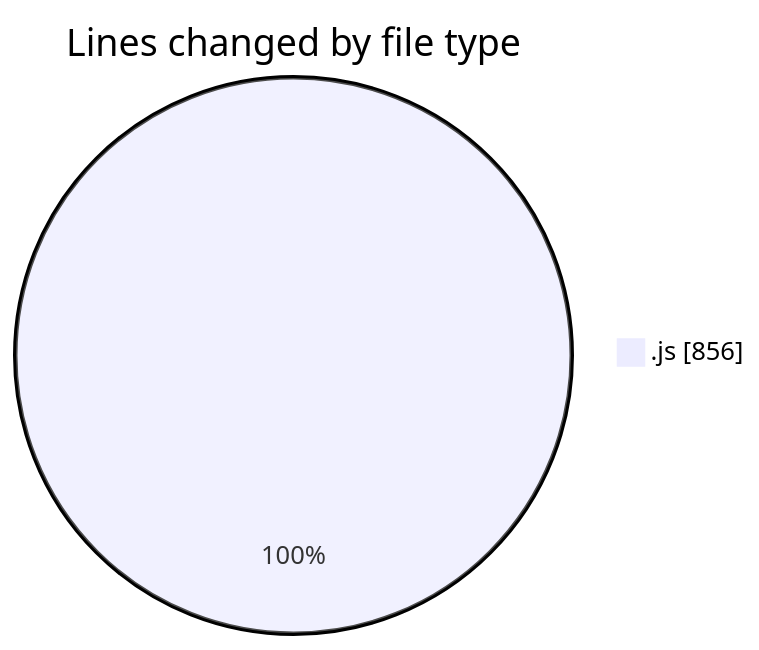
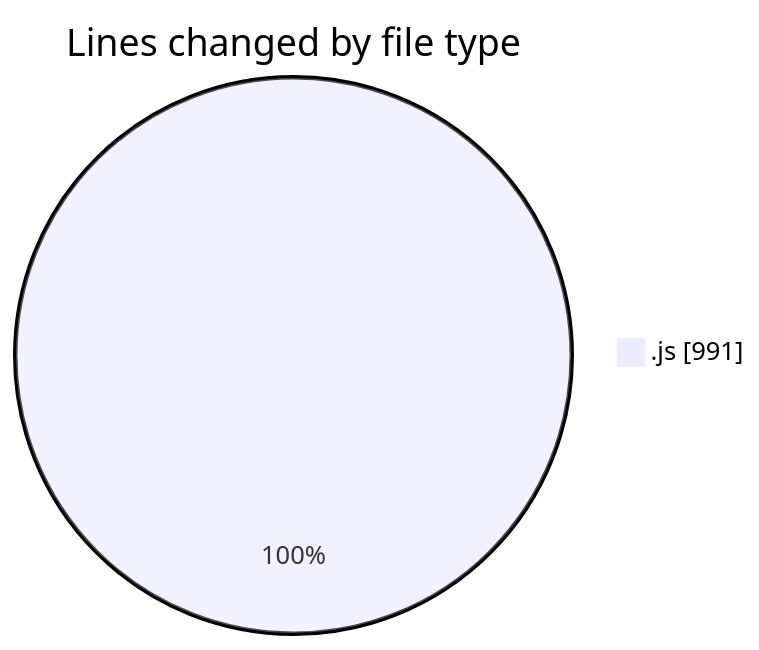
The first of 2 diagrams in 2025-04-03/jsvms/README.md (BS-eng2023/code-tracking), drawn with Mermaid before and after one commit. The commit also changed other lines of this file and 1 other file, not shown here.

````diff
--- a/2025-04-03/jsvms/README.md
+++ b/2025-04-03/jsvms/README.md
@@ -27,5 +28,5 @@
 ```mermaid
 pie showData
 title Lines changed by file type
-".js" : 856
+".js" : 991
 ```
````
